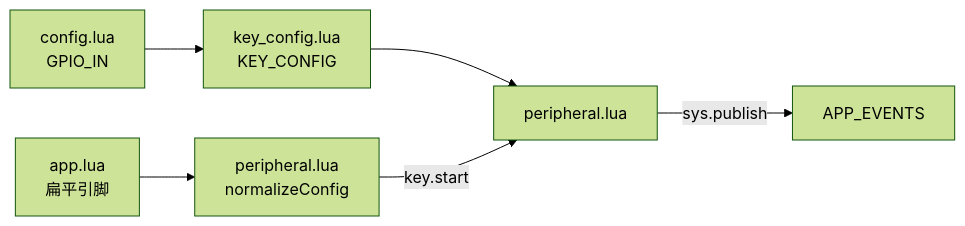
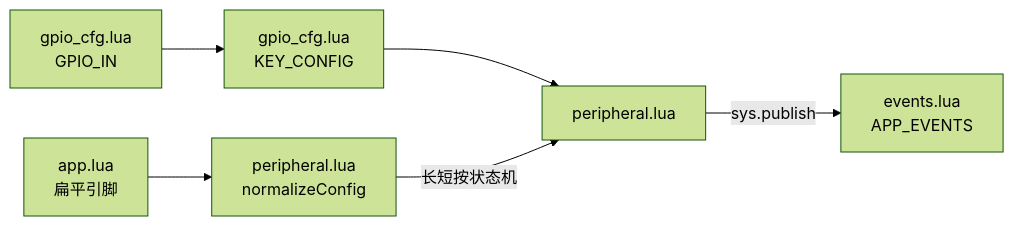
The diagram in doc/KEY_GPIO.md (dzr1986/AIR780EHM), drawn with Mermaid (forest theme) before and after one commit. The commit also changed other lines of this file and 27 other files, not shown here.

````diff
--- a/doc/KEY_GPIO.md
+++ b/doc/KEY_GPIO.md
@@ -11,14 +11,14 @@
 ```mermaid
 flowchart LR
-    CFG[key_config.lua<br/>KEY_CONFIG]
-    PIN[config.lua<br/>GPIO_IN]
+    CFG[gpio_cfg.lua<br/>KEY_CONFIG]
+    PIN[gpio_cfg.lua<br/>GPIO_IN]
     PIN --> CFG
     APP[app.lua<br/>扁平引脚]
     PER[peripheral.lua<br/>normalizeConfig]
     KEY[peripheral.lua]
-    EVT[APP_EVENTS]
+    EVT[events.lua<br/>APP_EVENTS]
     APP --> PER
     CFG --> KEY
-    PER -->|key.start| KEY
+    PER -->|长短按状态机| KEY
     KEY -->|sys.publish| EVT
 ```
````
